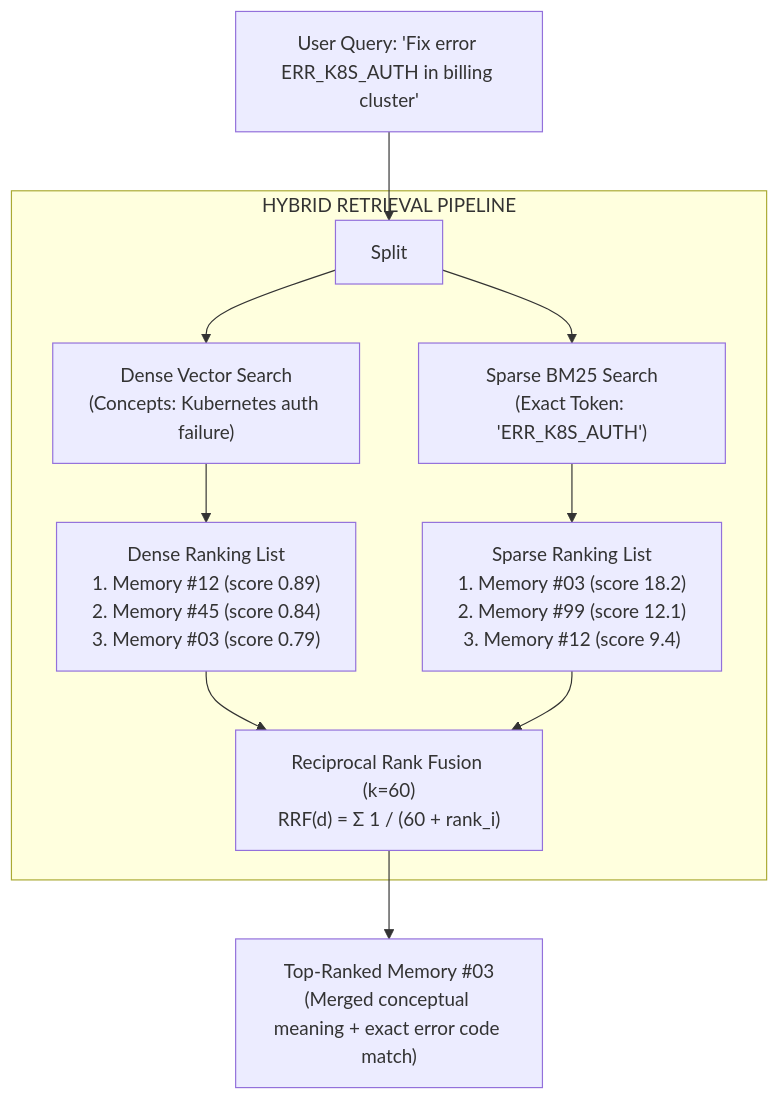
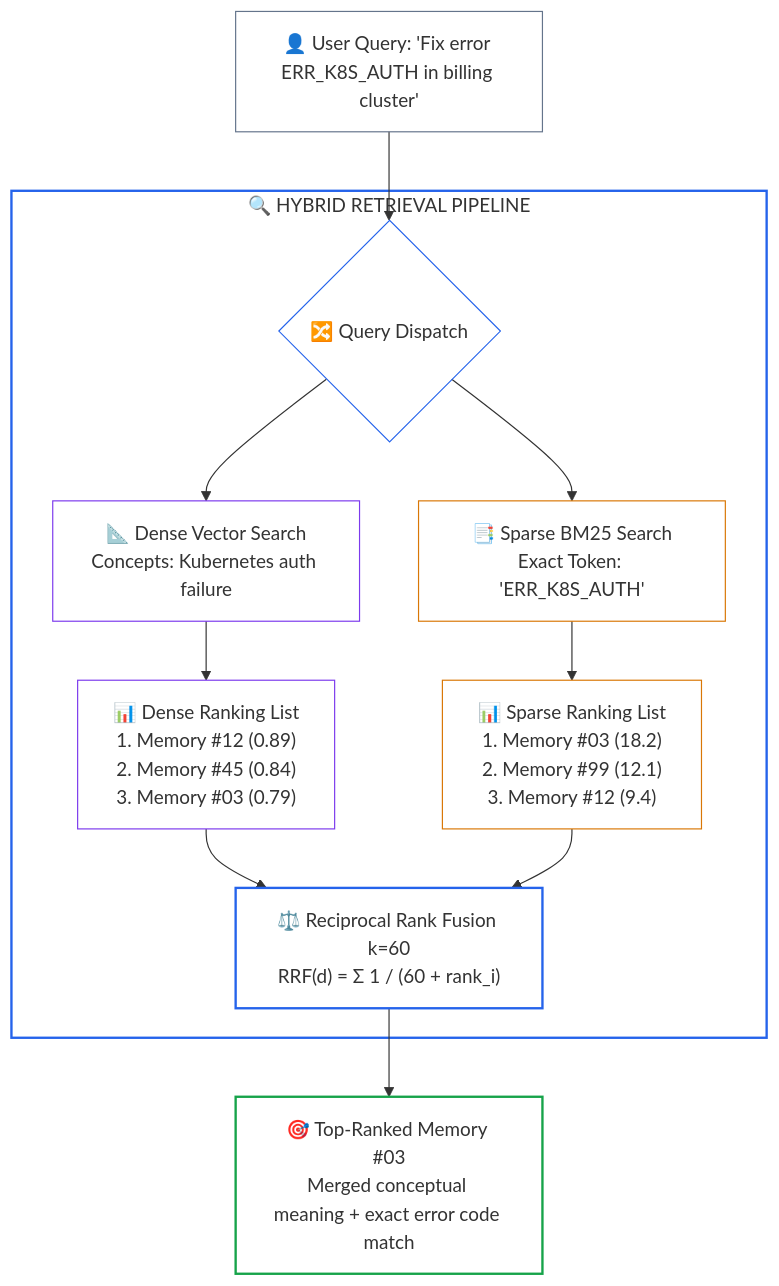
The sixth of 13 diagrams in 04-agentic-systems-and-orchestration/labs/lab5-agent-memory-system.md (dip4k/senior-engineer-to-ai-engineer-roadmap), drawn with Mermaid before and after one commit. The commit also changed other lines of this file and 94 other files, not shown here.

Commit message:
refactor(curriculum): complete Phase 04 upgrade and enforce diagram renderer invariants

````diff
--- a/04-agentic-systems-and-orchestration/labs/lab5-agent-memory-system.md
+++ b/04-agentic-systems-and-orchestration/labs/lab5-agent-memory-system.md
@@ -314,16 +364,26 @@
 ```mermaid
 flowchart TD
-    Query["User Query: 'Fix error ERR_K8S_AUTH in billing cluster'"] --> Split
+    Query["👤 User Query: 'Fix error ERR_K8S_AUTH in billing cluster'"] --> Split{"🔀 Query Dispatch"}
     
-    subgraph Search["HYBRID RETRIEVAL PIPELINE"]
-        Split --> Dense["Dense Vector Search\n(Concepts: Kubernetes auth failure)"]
-        Split --> Sparse["Sparse BM25 Search\n(Exact Token: 'ERR_K8S_AUTH')"]
+    subgraph Search["🔍 HYBRID RETRIEVAL PIPELINE"]
+        Split --> Dense["📐 Dense Vector Search<br/>Concepts: Kubernetes auth failure"]
+        Split --> Sparse["📑 Sparse BM25 Search<br/>Exact Token: 'ERR_K8S_AUTH'"]
         
-        Dense --> RankD["Dense Ranking List\n1. Memory #12 (score 0.89)\n2. Memory #45 (score 0.84)\n3. Memory #03 (score 0.79)"]
-        Sparse --> RankS["Sparse Ranking List\n1. Memory #03 (score 18.2)\n2. Memory #99 (score 12.1)\n3. Memory #12 (score 9.4)"]
+        Dense --> RankD["📊 Dense Ranking List<br/>1. Memory #12 (0.89)<br/>2. Memory #45 (0.84)<br/>3. Memory #03 (0.79)"]
+        Sparse --> RankS["📊 Sparse Ranking List<br/>1. Memory #03 (18.2)<br/>2. Memory #99 (12.1)<br/>3. Memory #12 (9.4)"]
         
-        RankD & RankS --> RRF["Reciprocal Rank Fusion (k=60)\nRRF(d) = Σ 1 / (60 + rank_i)"]
+        RankD & RankS --> RRF["⚖️ Reciprocal Rank Fusion k=60<br/>RRF(d) = Σ 1 / (60 + rank_i)"]
     end
     
-    RRF --> TopM["Top-Ranked Memory #03\n(Merged conceptual meaning + exact error code match)"]
+    RRF --> TopM["🎯 Top-Ranked Memory #03<br/>Merged conceptual meaning + exact error code match"]
+
+    style Search fill:none,stroke:#2563eb,stroke-width:2px
+    style Query stroke:#64748b,stroke-width:1px,fill:none
+    style Split stroke:#2563eb,stroke-width:1px,fill:none
+    style Dense stroke:#7c3aed,stroke-width:1px,fill:none
+    style Sparse stroke:#d97706,stroke-width:1px,fill:none
+    style RankD stroke:#7c3aed,stroke-width:1px,fill:none
+    style RankS stroke:#d97706,stroke-width:1px,fill:none
+    style RRF stroke:#2563eb,stroke-width:2px,fill:none
+    style TopM stroke:#16a34a,stroke-width:2px,fill:none
 ```
````
